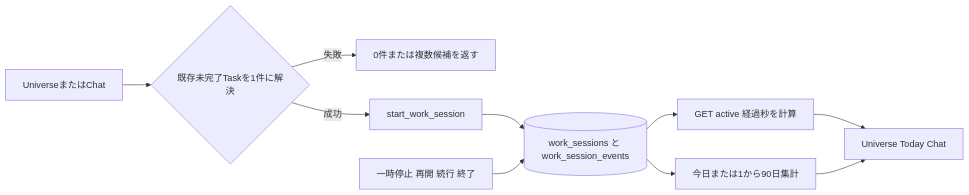
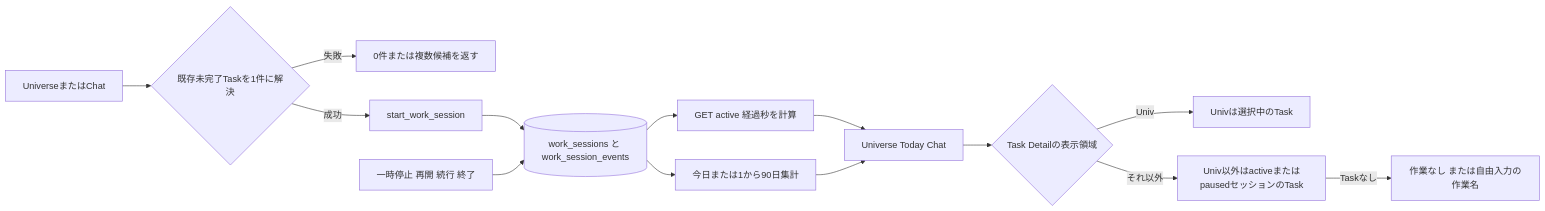
One commit to Soso2e/PETIT changed the fifth of 20 diagrams in docs/runtime-flows.md. Above: the diagram before and after it, drawn with Mermaid. The commit also changed 13 other files, not shown here.

````diff
--- a/docs/runtime-flows.md
+++ b/docs/runtime-flows.md
@@ -202,19 +202,27 @@
 ```mermaid
 flowchart LR
     request[UniverseまたはChat]
     resolve{既存未完了Taskを1件に解決}
     ambiguous[0件または複数候補を返す]
     start[start_work_session]
     sqlite[(work_sessions と work_session_events)]
     active[GET active 経過秒を計算]
     update[一時停止 再開 続行 終了]
     report[今日または1から90日集計]
     ui[Universe Today Chat]
+    view{Task Detailの表示領域}
+    selected[Univは選択中のTask]
+    working[Univ以外はactiveまたはpausedセッションのTask]
+    no_work[作業なし または自由入力の作業名]
 
     request --> resolve
     resolve -->|失敗| ambiguous
     resolve -->|成功| start --> sqlite
     update --> sqlite
     sqlite --> active --> ui
     sqlite --> report --> ui
+    ui --> view
+    view -->|Univ| selected
+    view -->|それ以外| working
+    working -->|Taskなし| no_work
 ```
````
